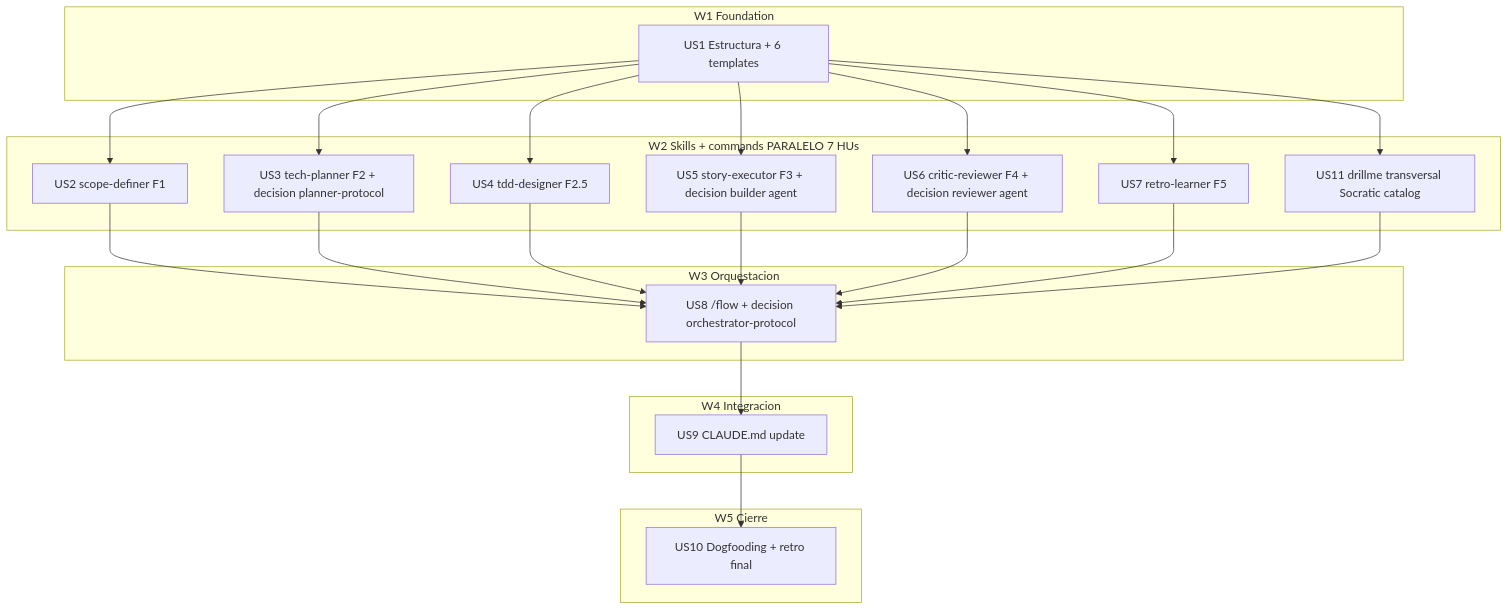
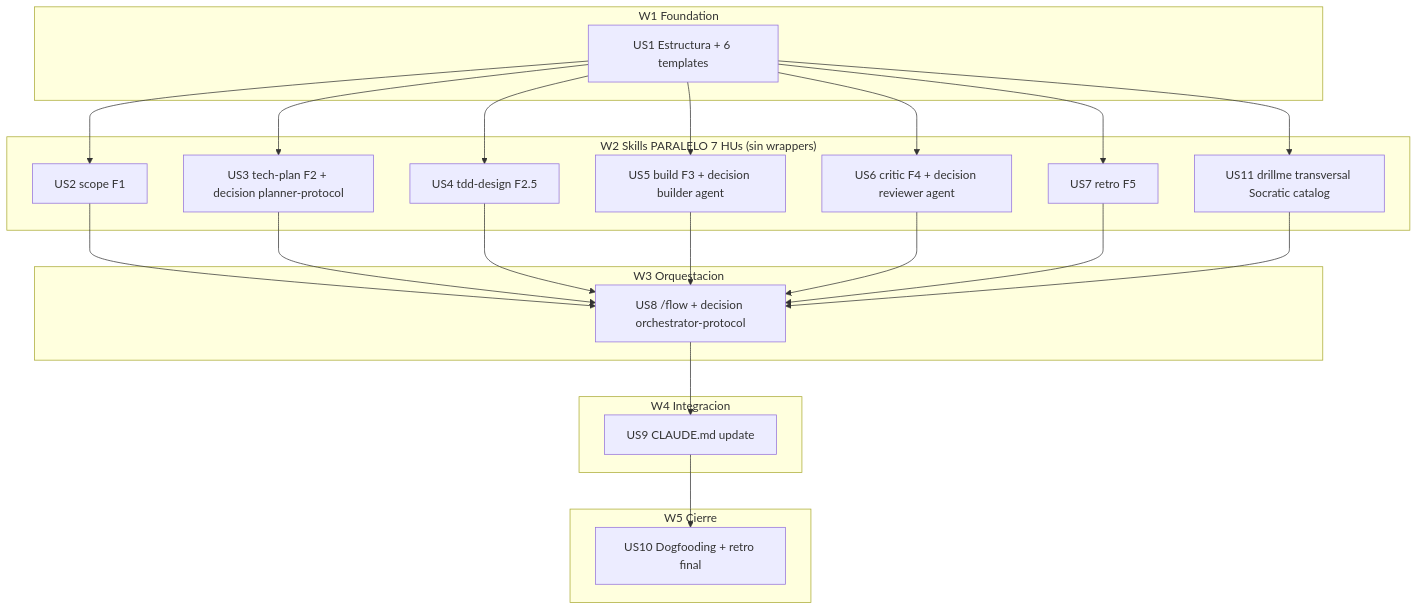
The diagram in .claude/plans/001-poneglyph-5phase-workflow/tasks/index.md (MaciWP/claude-code-poneglyph), drawn with Mermaid before and after one commit. The commit also changed other lines of this file and 12 other files, not shown here.

````diff
--- a/.claude/plans/001-poneglyph-5phase-workflow/tasks/index.md
+++ b/.claude/plans/001-poneglyph-5phase-workflow/tasks/index.md
@@ -37,47 +37,47 @@
 ```mermaid
 graph TD
   subgraph "W1 Foundation"
     US1[US1 Estructura + 6 templates]
   end
 
-  subgraph "W2 Skills + commands PARALELO 7 HUs"
-    US2[US2 scope-definer F1]
-    US3[US3 tech-planner F2 + decision planner-protocol]
-    US4[US4 tdd-designer F2.5]
-    US5[US5 story-executor F3 + decision builder agent]
-    US6[US6 critic-reviewer F4 + decision reviewer agent]
-    US7[US7 retro-learner F5]
+  subgraph "W2 Skills PARALELO 7 HUs (sin wrappers)"
+    US2[US2 scope F1]
+    US3[US3 tech-plan F2 + decision planner-protocol]
+    US4[US4 tdd-design F2.5]
+    US5[US5 build F3 + decision builder agent]
+    US6[US6 critic F4 + decision reviewer agent]
+    US7[US7 retro F5]
     US11[US11 drillme transversal Socratic catalog]
   end
 
   subgraph "W3 Orquestacion"
     US8[US8 /flow + decision orchestrator-protocol]
   end
 
   subgraph "W4 Integracion"
     US9[US9 CLAUDE.md update]
   end
 
   subgraph "W5 Cierre"
     US10[US10 Dogfooding + retro final]
   end
 
   US1 --> US2
   US1 --> US3
   US1 --> US4
   US1 --> US5
   US1 --> US6
   US1 --> US7
   US1 --> US11
 
   US2 --> US8
   US3 --> US8
   US4 --> US8
   US5 --> US8
   US6 --> US8
   US7 --> US8
   US11 --> US8
 
   US8 --> US9
   US9 --> US10
 ```
````
